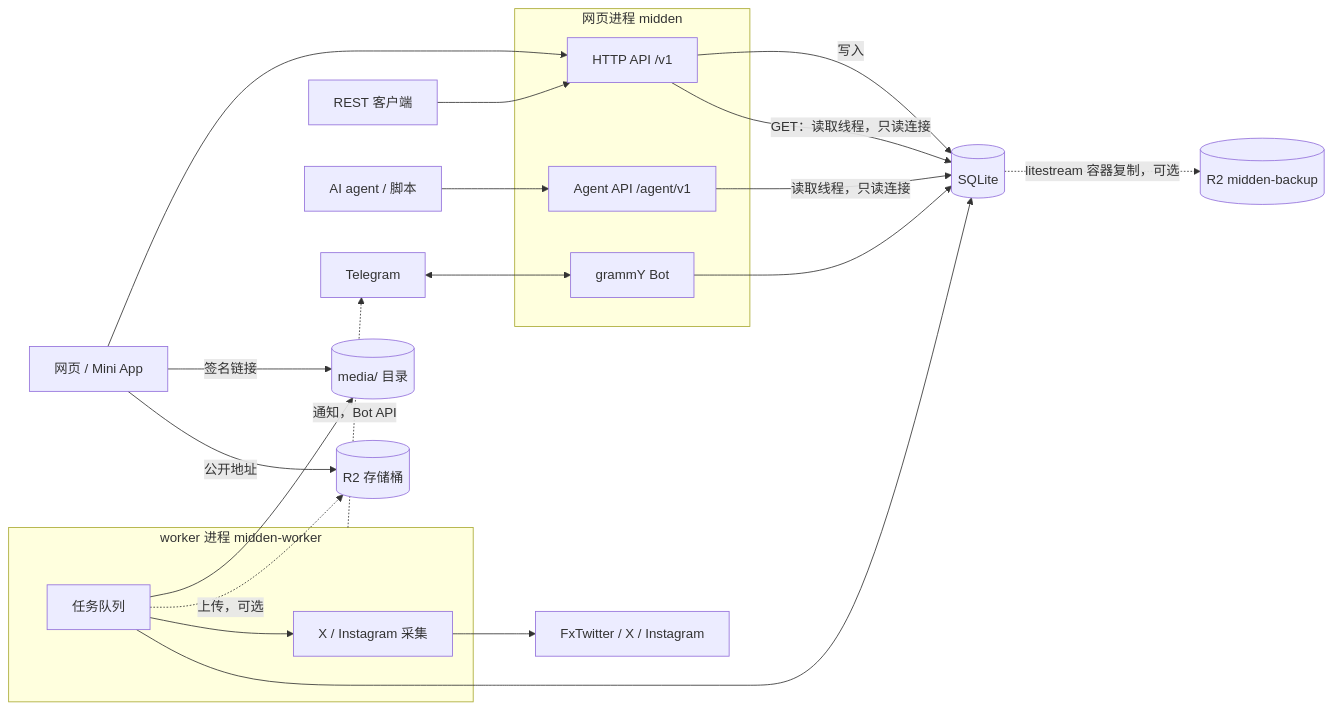
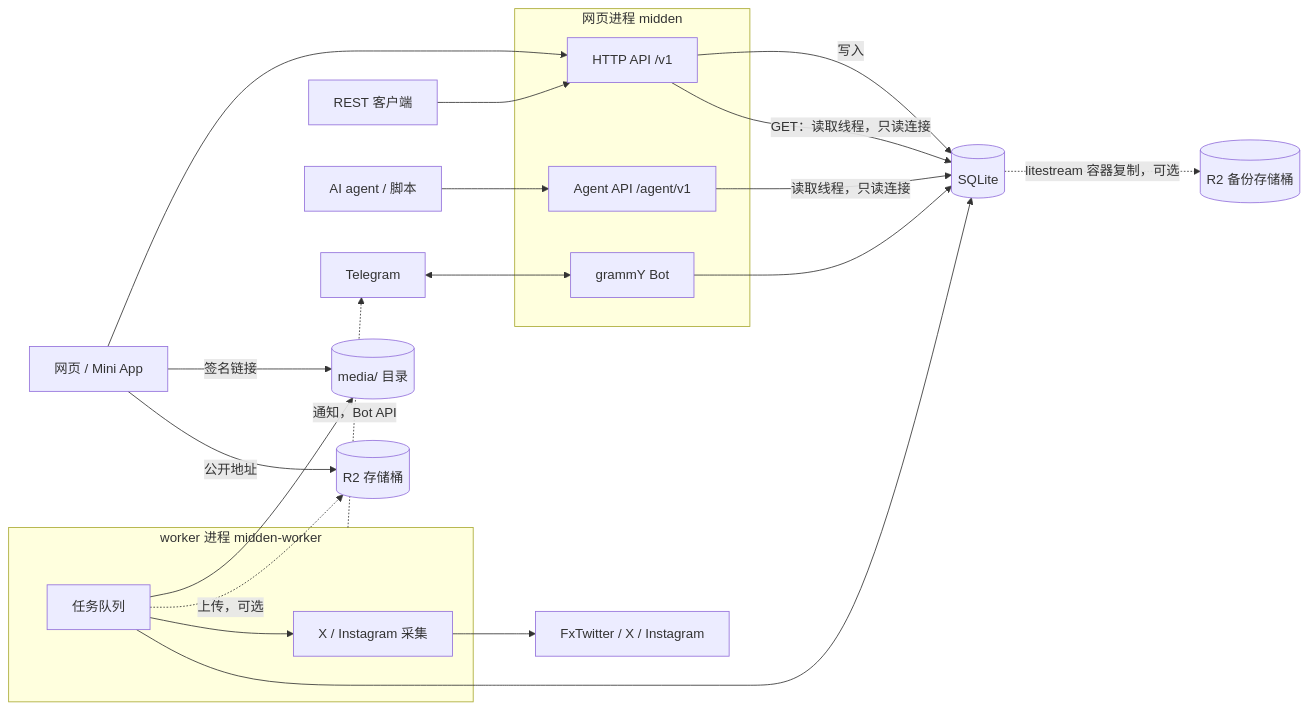
The diagram in docs/architecture.md (sxzz/midden), drawn with Mermaid before and after one commit. The commit also changed other lines of this file and 14 other files, not shown here.

Commit message:
chore: deployment values leave the repo: the media domain comes from MIDDEN_MEDIA_URL at web build, Litestream's bucket and R2 endpoint from LITESTREAM_BUCKET and R2_ACCOUNT_ID, and docs, examples and tests use example.com and <bucket> placeholders

````diff
--- a/docs/architecture.md
+++ b/docs/architecture.md
@@ -5,29 +5,29 @@
 ```mermaid
 flowchart LR
     TG[Telegram] <--> Bot
     Web[网页 / Mini App] --> API
     Script[REST 客户端] --> API
     Agent[AI agent / 脚本] --> AgentAPI
     subgraph WebProcess[网页进程 midden]
         API[HTTP API /v1]
         AgentAPI[Agent API /agent/v1]
         Bot[grammY Bot]
     end
     subgraph Worker[worker 进程 midden-worker]
         Queue[任务队列]
         Platforms[X / Instagram 采集]
     end
     API -->|写入| DB[(SQLite)]
     API -->|GET：读取线程，只读连接| DB
     AgentAPI -->|读取线程，只读连接| DB
     Bot --> DB
     Queue --> DB
     Worker -.->|通知，Bot API| TG
     Queue --> Platforms
     Platforms --> Upstream[FxTwitter / X / Instagram]
     Queue --> Media[(media/ 目录)]
     Queue -.->|上传，可选| R2[(R2 存储桶)]
     Web -->|签名链接| Media
     Web -->|公开地址| R2
-    DB -.->|litestream 容器复制，可选| Backup[(R2 midden-backup)]
+    DB -.->|litestream 容器复制，可选| Backup[(R2 备份存储桶)]
 ```
````
